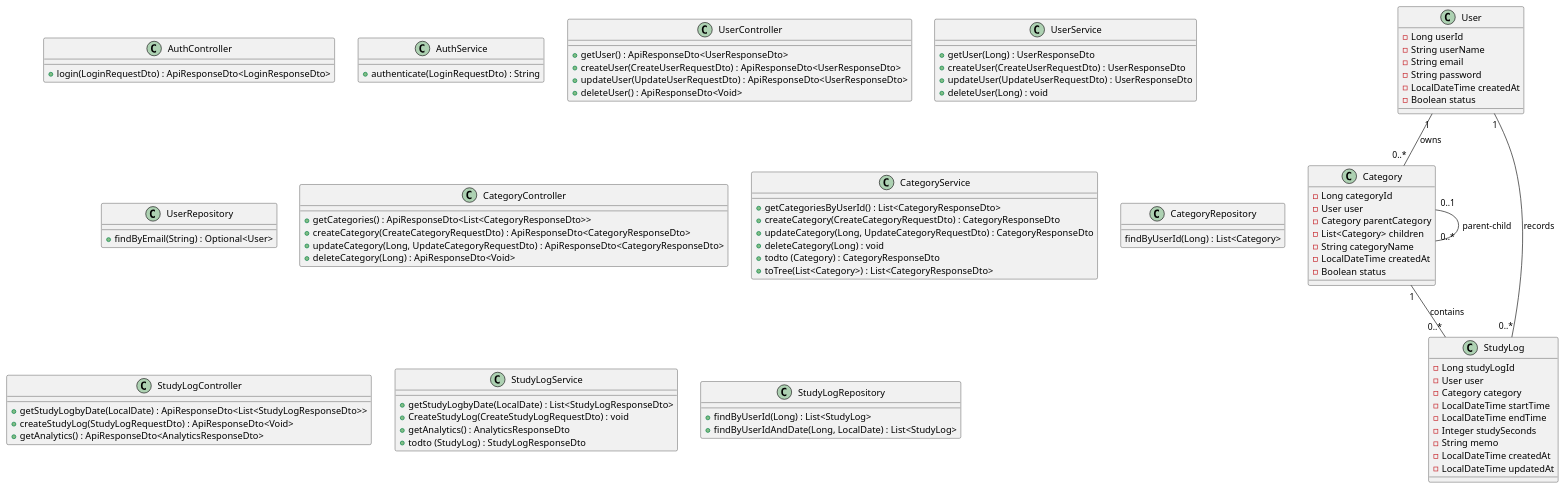
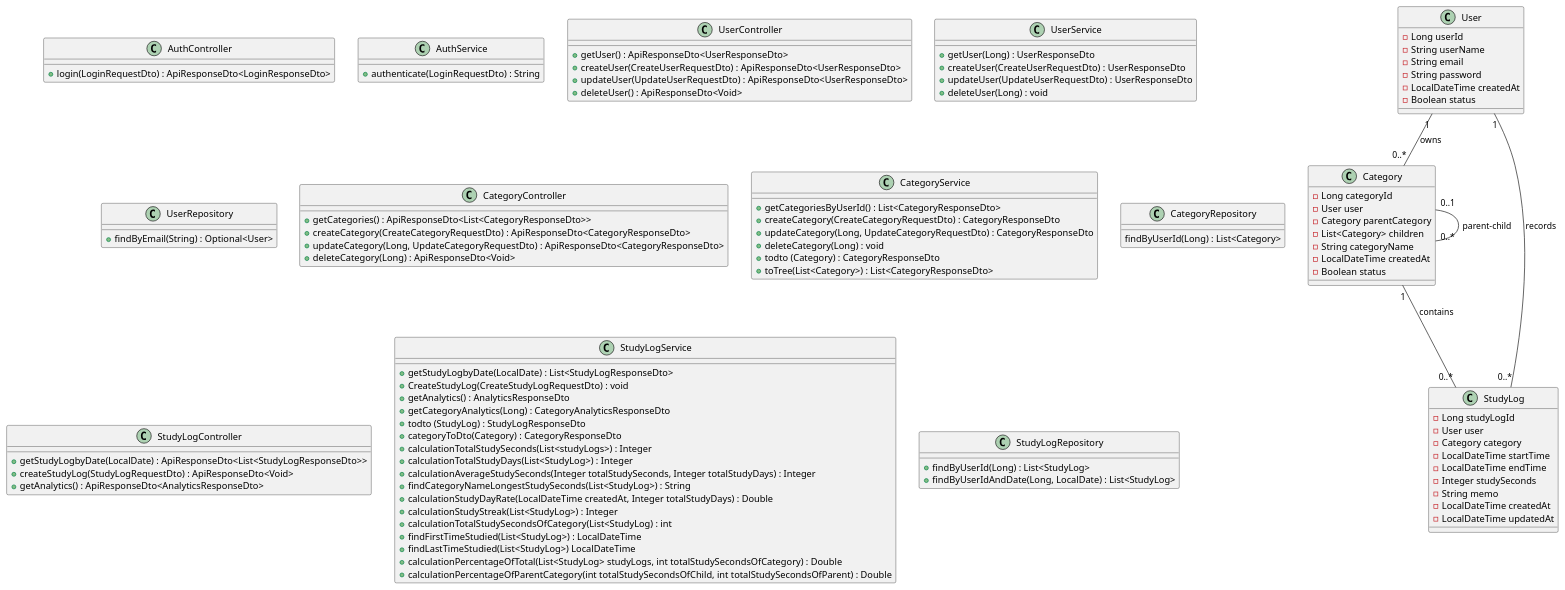
One commit to ShumpeiKawamura37/portfolio-study-management-app changed the diagram in backend/study-management-app/docs/uml/code/class/class-main.puml. Above: the diagram before and after it, drawn with PlantUML. The commit also changed other lines of this file and 7 other files, not shown here.

Commit message:
feature: getCategoryAnalyticsを追記

```diff
--- a/backend/study-management-app/docs/uml/code/class/class-main.puml
+++ b/backend/study-management-app/docs/uml/code/class/class-main.puml
@@ -1,100 +1,113 @@
 @startuml
 
 class User { 
   - Long userId 
   - String userName 
   - String email 
   - String password 
   - LocalDateTime createdAt
   - Boolean status 
 } 
 class Category { 
   - Long categoryId
   - User user
   - Category parentCategory
   - List<Category> children
   - String categoryName
   - LocalDateTime createdAt
   - Boolean status
 }
 class StudyLog { 
   - Long studyLogId 
   - User user
   - Category category
   - LocalDateTime startTime 
   - LocalDateTime endTime 
   - Integer studySeconds
   - String memo 
   - LocalDateTime createdAt 
   - LocalDateTime updatedAt
 }
 
 class AuthController {
   + login(LoginRequestDto) : ApiResponseDto<LoginResponseDto>
 }
 
 class AuthService {
   + authenticate(LoginRequestDto) : String
 }
 
 class UserController {
   + getUser() : ApiResponseDto<UserResponseDto>
   + createUser(CreateUserRequestDto) : ApiResponseDto<UserResponseDto>
   + updateUser(UpdateUserRequestDto) : ApiResponseDto<UserResponseDto>
   + deleteUser() : ApiResponseDto<Void>
 }
 
 class UserService {
   + getUser(Long) : UserResponseDto
   + createUser(CreateUserRequestDto) : UserResponseDto
   + updateUser(UpdateUserRequestDto) : UserResponseDto
   + deleteUser(Long) : void
 }
 
 class UserRepository {
   + findByEmail(String) : Optional<User>
 }
 
 class CategoryController {
   + getCategories() : ApiResponseDto<List<CategoryResponseDto>>
   + createCategory(CreateCategoryRequestDto) : ApiResponseDto<CategoryResponseDto>
   + updateCategory(Long, UpdateCategoryRequestDto) : ApiResponseDto<CategoryResponseDto>
   + deleteCategory(Long) : ApiResponseDto<Void>
 }
 
 class CategoryService {
   + getCategoriesByUserId() : List<CategoryResponseDto>
   + createCategory(CreateCategoryRequestDto) : CategoryResponseDto
   + updateCategory(Long, UpdateCategoryRequestDto) : CategoryResponseDto
   + deleteCategory(Long) : void
   + todto (Category) : CategoryResponseDto
   + toTree(List<Category>) : List<CategoryResponseDto>
 }
 
 class CategoryRepository {
   findByUserId(Long) : List<Category>
 }
 
 class StudyLogController {
   + getStudyLogbyDate(LocalDate) : ApiResponseDto<List<StudyLogResponseDto>>
   + createStudyLog(StudyLogRequestDto) : ApiResponseDto<Void>
   + getAnalytics() : ApiResponseDto<AnalyticsResponseDto> 
 }
 
 class StudyLogService {
   + getStudyLogbyDate(LocalDate) : List<StudyLogResponseDto>
   + CreateStudyLog(CreateStudyLogRequestDto) : void
   + getAnalytics() : AnalyticsResponseDto
+  + getCategoryAnalytics(Long) : CategoryAnalyticsResponseDto 
   + todto (StudyLog) : StudyLogResponseDto
+  + categoryToDto(Category) : CategoryResponseDto 
+  + calculationTotalStudySeconds(List<studyLogs>) : Integer
+  + calculationTotalStudyDays(List<StudyLog>) : Integer
+  + calculationAverageStudySeconds(Integer totalStudySeconds, Integer totalStudyDays) : Integer
+  + findCategoryNameLongestStudySeconds(List<StudyLog>) : String
+  + calculationStudyDayRate(LocalDateTime createdAt, Integer totalStudyDays) : Double
+  + calculationStudyStreak(List<StudyLog>) : Integer
+  + calculationTotalStudySecondsOfCategory(List<StudyLog) : int
+  + findFirstTimeStudied(List<StudyLog>) : LocalDateTime
+  + findLastTimeStudied(List<StudyLog>) LocalDateTime
+  + calculationPercentageOfTotal(List<StudyLog> studyLogs, int totalStudySecondsOfCategory) : Double
+  + calculationPercentageOfParentCategory(int totalStudySecondsOfChild, int totalStudySecondsOfParent) : Double
 }
 
 class StudyLogRepository {
   + findByUserId(Long) : List<StudyLog>
   + findByUserIdAndDate(Long, LocalDate) : List<StudyLog>
 }
 
 User "1" -- "0..*" Category : owns
 Category "1" -- "0..*" StudyLog : contains
 User "1" -- "0..*" StudyLog : records
 Category "0..1" -- "0..*" Category : parent-child
 @enduml
```
